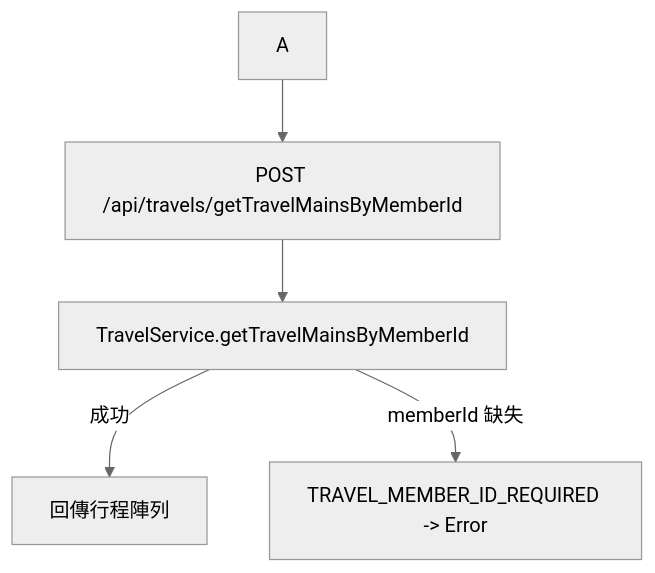
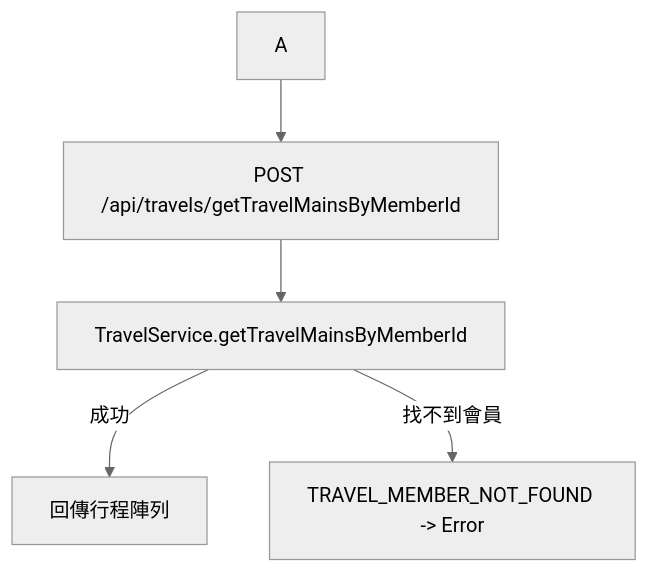
One commit to loveu8/TravelPlanWithAccounting changed the fourth of 18 diagrams in backend/docs/travel-api.md. Above: the diagram before and after it, drawn with Mermaid (neutral theme). The commit also changed other lines of this file and 7 other files, not shown here.

````diff
--- a/backend/docs/travel-api.md
+++ b/backend/docs/travel-api.md
@@ -169,7 +166,7 @@
 ```mermaid
 flowchart TD
   A --> B[POST /api/travels/getTravelMainsByMemberId]
   B --> C[TravelService.getTravelMainsByMemberId]
   C -->|成功| D[回傳行程陣列]
-  C -->|memberId 缺失| E[TRAVEL_MEMBER_ID_REQUIRED -> Error]
+  C -->|找不到會員| E[TRAVEL_MEMBER_NOT_FOUND -> Error]
 ```
````
